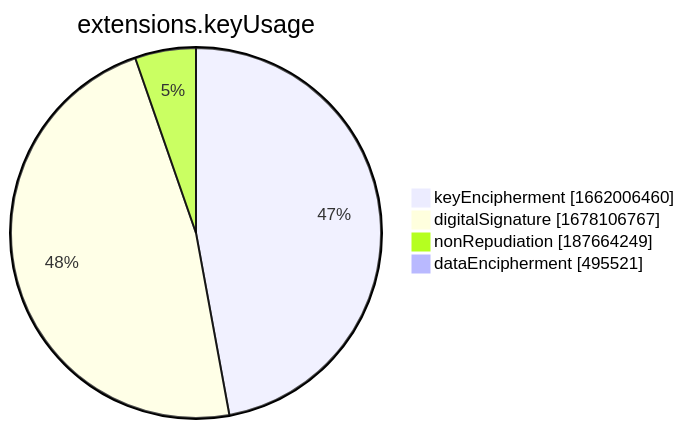
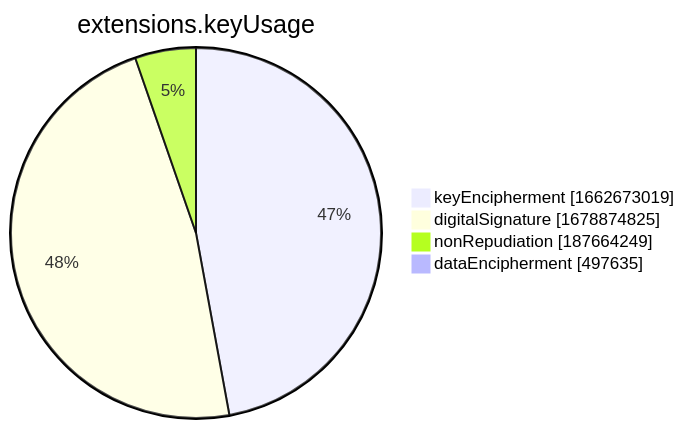
The seventh of 15 diagrams in xenon2022/README.md (christiankrug/ctmonitor_visualization), drawn with Mermaid before and after one commit. The commit also changed other lines of this file, not shown here.

````diff
--- a/xenon2022/README.md
+++ b/xenon2022/README.md
@@ -2857,8 +2857,8 @@
 ```mermaid
 pie showData
 title extensions.keyUsage
-"keyEncipherment" :1662006460
-"digitalSignature" :1678106767
+"keyEncipherment" :1662673019
+"digitalSignature" :1678874825
 "nonRepudiation" :187664249
-"dataEncipherment" :495521
+"dataEncipherment" :497635
 ```
````
